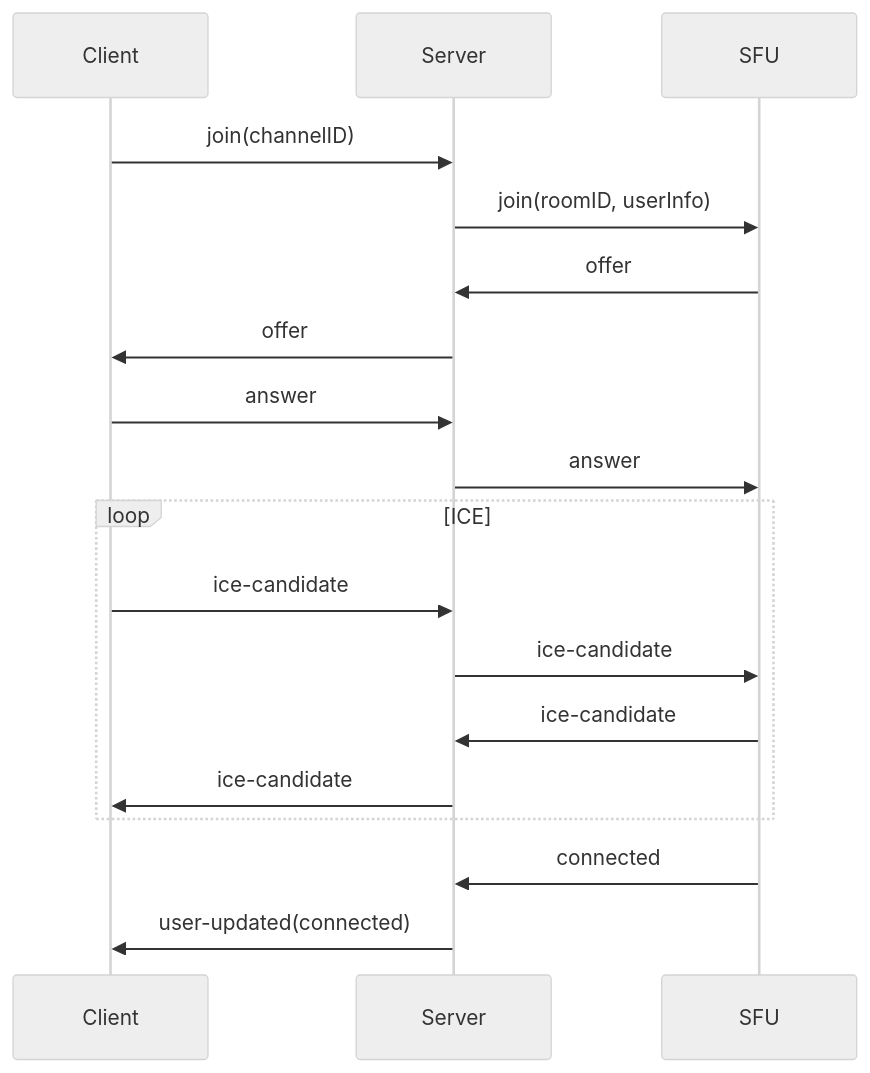
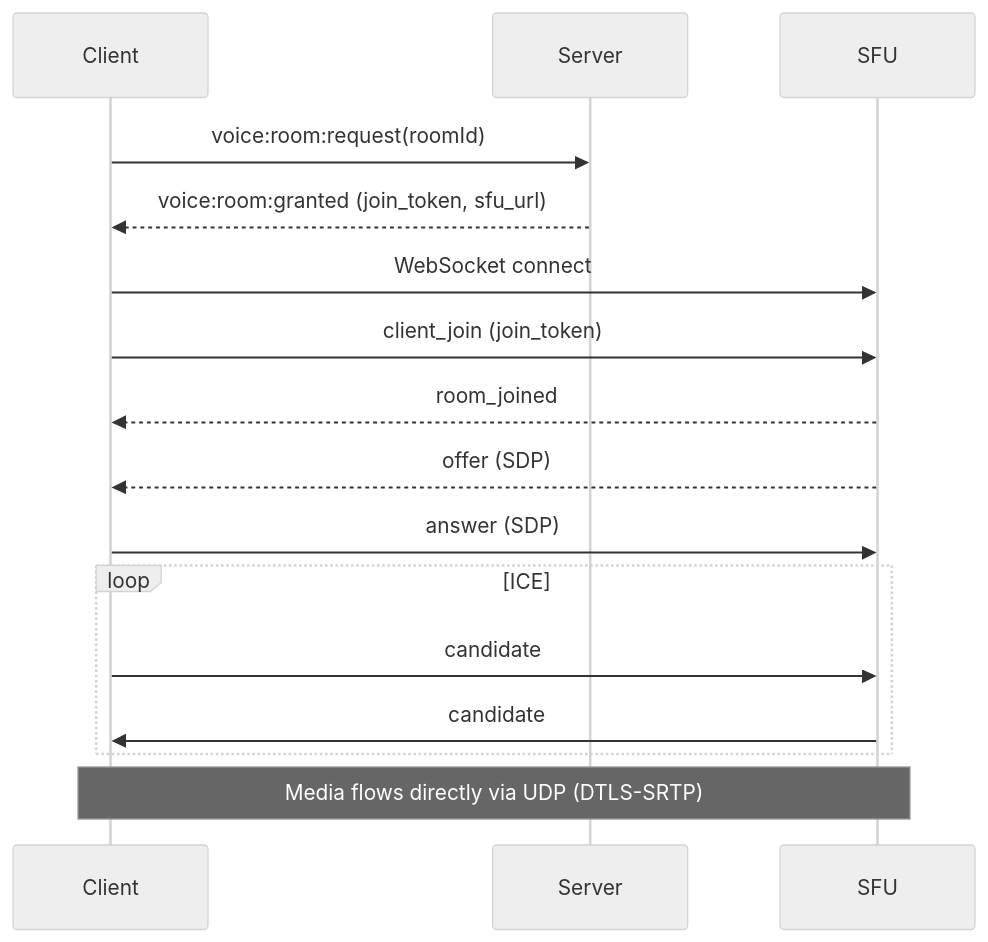
The diagram in content/docs/server/index.mdx (Gryt-chat/docs), drawn with Mermaid (neutral theme) before and after one commit. The commit also changed 5 other files, not shown here.

````diff
--- a/content/docs/server/index.mdx
+++ b/content/docs/server/index.mdx
@@ -162,23 +162,21 @@
 ```mermaid
 sequenceDiagram
     participant C as Client
     participant S as Server
     participant SFU as SFU
 
-    C->>S: join(channelID)
-    S->>SFU: join(roomID, userInfo)
-    SFU->>S: offer
-    S->>C: offer
-    C->>S: answer
-    S->>SFU: answer
+    C->>S: voice:room:request(roomId)
+    S-->>C: voice:room:granted (join_token, sfu_url)
+    C->>SFU: WebSocket connect
+    C->>SFU: client_join (join_token)
+    SFU-->>C: room_joined
+    SFU-->>C: offer (SDP)
+    C->>SFU: answer (SDP)
 
     loop ICE
-        C->>S: ice-candidate
-        S->>SFU: ice-candidate
-        SFU->>S: ice-candidate
-        S->>C: ice-candidate
+        C->>SFU: candidate
+        SFU->>C: candidate
     end
 
-    SFU->>S: connected
-    S->>C: user-updated(connected)
+    Note over C,SFU: Media flows directly via UDP (DTLS-SRTP)
 ```
````
